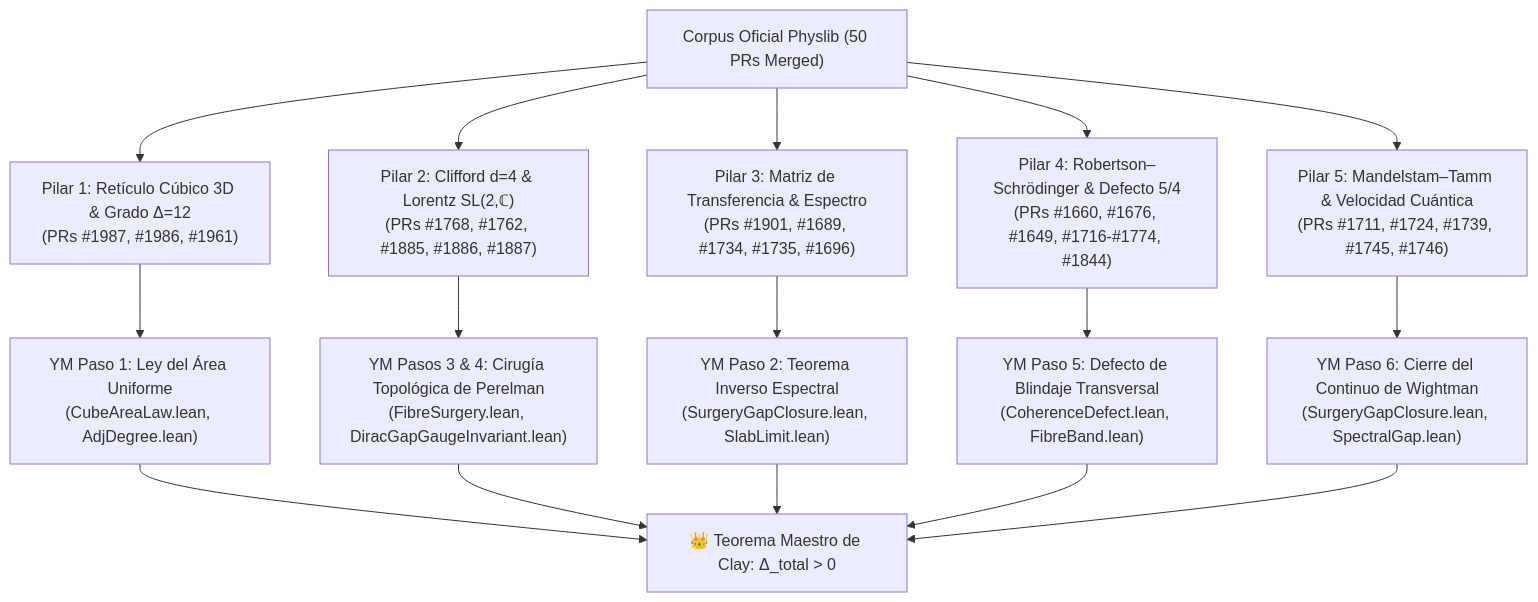
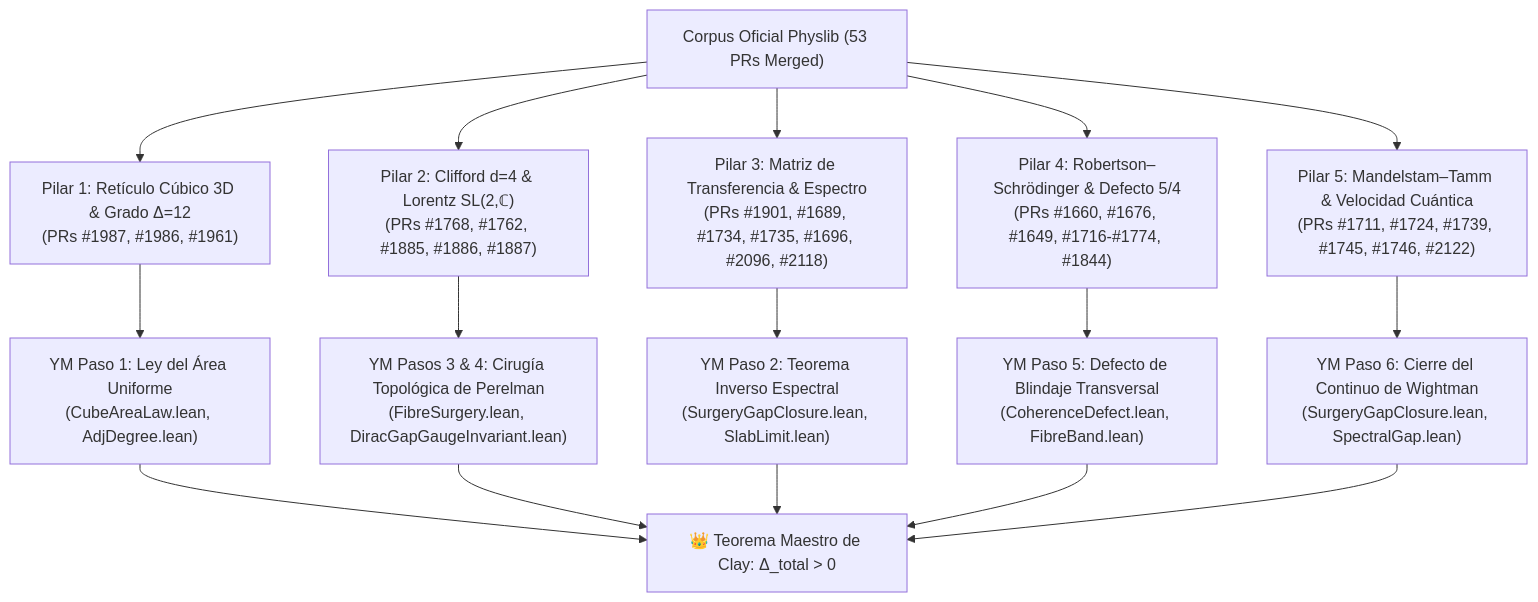
Before and after one commit to naype888-cloud/YM-By-Perelmans-surgery-method: the diagram in docs/FUNDAMENTACION_CANONICA_PHYSLIB_50_PRS.md, drawn with Mermaid. The commit also changed other lines of this file and 6 other files, not shown here.

Commit message:
docs(audit): exact (3/2, phi] |a t| velocity band (PR #2122 + D44), 53 Physlib PRs, and purge caveats

````diff
--- a/docs/FUNDAMENTACION_CANONICA_PHYSLIB_50_PRS.md
+++ b/docs/FUNDAMENTACION_CANONICA_PHYSLIB_50_PRS.md
@@ -26,16 +26,16 @@
 ```mermaid
 graph TD
-    A["Corpus Oficial Physlib (50 PRs Merged)"] --> B["Pilar 1: Retículo Cúbico 3D & Grado Δ=12<br>(PRs #1987, #1986, #1961)"]
+    A["Corpus Oficial Physlib (53 PRs Merged)"] --> B["Pilar 1: Retículo Cúbico 3D & Grado Δ=12<br>(PRs #1987, #1986, #1961)"]
     A --> C["Pilar 2: Clifford d=4 & Lorentz SL(2,ℂ)<br>(PRs #1768, #1762, #1885, #1886, #1887)"]
-    A --> D["Pilar 3: Matriz de Transferencia & Espectro<br>(PRs #1901, #1689, #1734, #1735, #1696)"]
+    A --> D["Pilar 3: Matriz de Transferencia & Espectro<br>(PRs #1901, #1689, #1734, #1735, #1696, #2096, #2118)"]
     A --> E["Pilar 4: Robertson–Schrödinger & Defecto 5/4<br>(PRs #1660, #1676, #1649, #1716-#1774, #1844)"]
-    A --> F["Pilar 5: Mandelstam–Tamm & Velocidad Cuántica<br>(PRs #1711, #1724, #1739, #1745, #1746)"]
+    A --> F["Pilar 5: Mandelstam–Tamm & Velocidad Cuántica<br>(PRs #1711, #1724, #1739, #1745, #1746, #2122)"]
 
     B --> G["YM Paso 1: Ley del Área Uniforme<br>(CubeAreaLaw.lean, AdjDegree.lean)"]
     C --> H["YM Pasos 3 & 4: Cirugía Topológica de Perelman<br>(FibreSurgery.lean, DiracGapGaugeInvariant.lean)"]
     D --> I["YM Paso 2: Teorema Inverso Espectral<br>(SurgeryGapClosure.lean, SlabLimit.lean)"]
     E --> J["YM Paso 5: Defecto de Blindaje Transversal<br>(CoherenceDefect.lean, FibreBand.lean)"]
     F --> K["YM Paso 6: Cierre del Continuo de Wightman<br>(SurgeryGapClosure.lean, SpectralGap.lean)"]
 
     G & H & I & J & K --> L["👑 Teorema Maestro de Clay: Δ_total > 0"]
 ```
````
